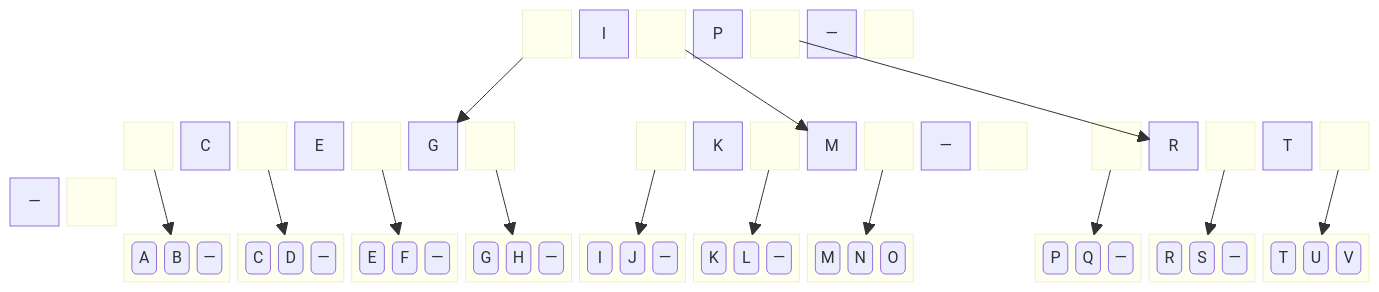
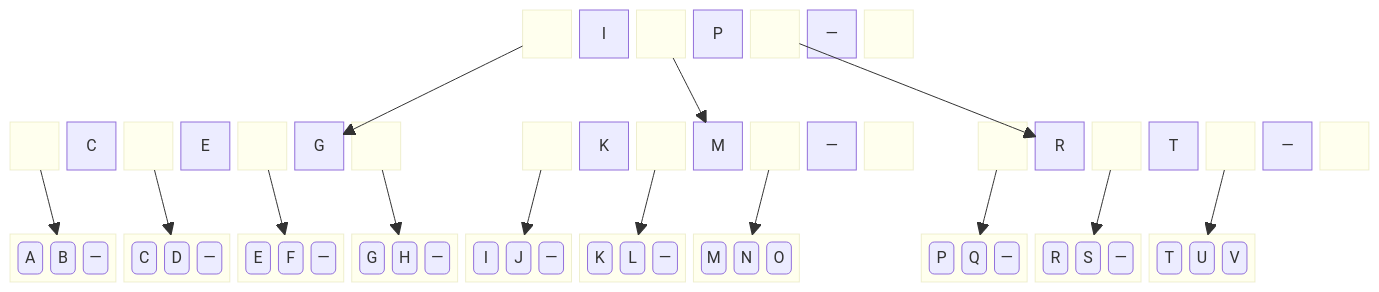
The ninth of 9 diagrams in Assuntos/busca-ext.md (BenhurUFSM/pod26b), drawn with Mermaid before and after one commit.

````diff
--- a/Assuntos/busca-ext.md
+++ b/Assuntos/busca-ext.md
@@ -169,43 +169,42 @@
 ```mermaid
 block
   columns 24
   space:9
   block:rl1 space end ra["I"] block:rl2 space end rb["P"] block:rl3 space end rc["—"] block:rl4 space end
   space:8
   space:24
 
-  space:2
   block:i1l1 space end i1a["C"] block:i1l2 space end i1b["E"] block:i1l3 space end i1c["G"] block:i1l4 space end
   space:2
   block:i2l1 space end i2a["K"] block:i2l2 space end i2b["M"] block:i2l3 space end i2c["—"] block:i2l4 space end
   space
   block:i3l1 space end i3a["R"] block:i3l2 space end i3b["T"] block:i3l3 space end i3c["—"] block:i3l4 space end
   space:24
 
   block:f1:2 f1a("A") f1b("B") f1c("—") end
   block:f7:2 f7a("C") f7b("D") f7c("—") end
   block:f5:2 f5a("E") f5b("F") f5c("—") end
   block:f3:2 f3a("G") f3b("H") f3c("—") end
   block:f6:2 f6a("I") f6b("J") f6c("—") end
   block:f4:2 f4a("K") f4b("L") f4c("—") end
   block:f8:2 f8a("M") f8b("N") f8c("O") end
   space:2
   block:f2:2 f2a("P") f2b("Q") f2c("—") end
   block:fa:2 faa("R") fab("S") fac("—") end
   block:f9:2 f9a("T") f9b("U") f9c("V") end
   space:2
 
   rl1-->i1c
   rl2-->i2b
   rl3-->i3a
   i1l1-->f1
   i1l2-->f7
   i1l3-->f5
   i1l4-->f3
   i2l1-->f6
   i2l2-->f4
   i2l3-->f8
   i3l1-->f2
   i3l2-->fa
   i3l3-->f9
 ```
````
